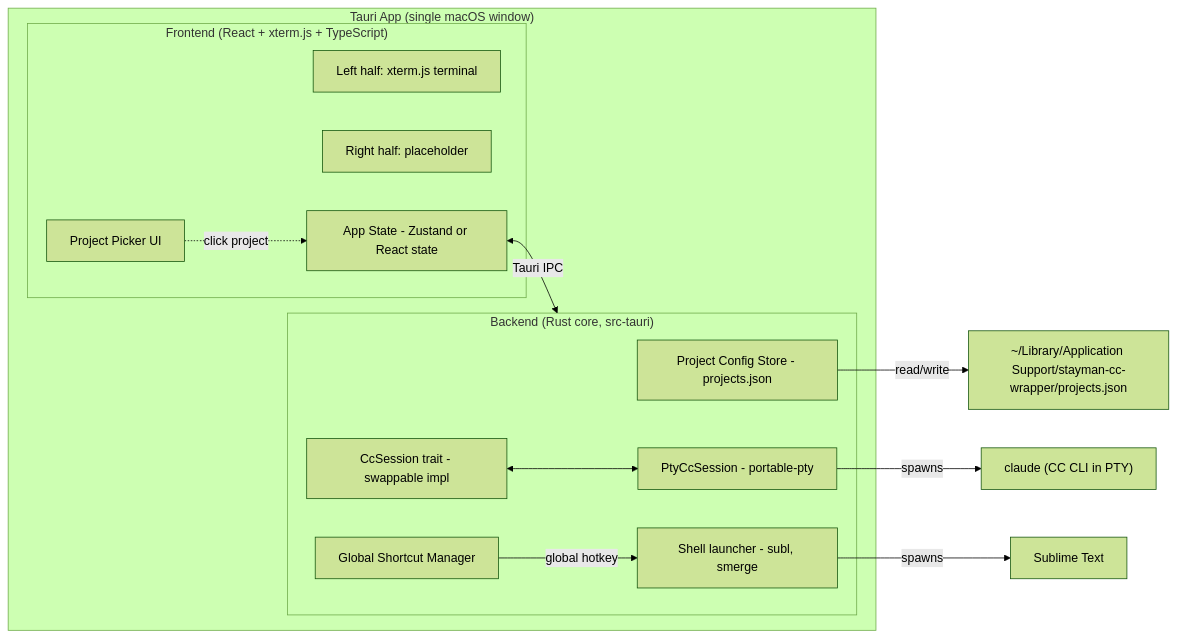
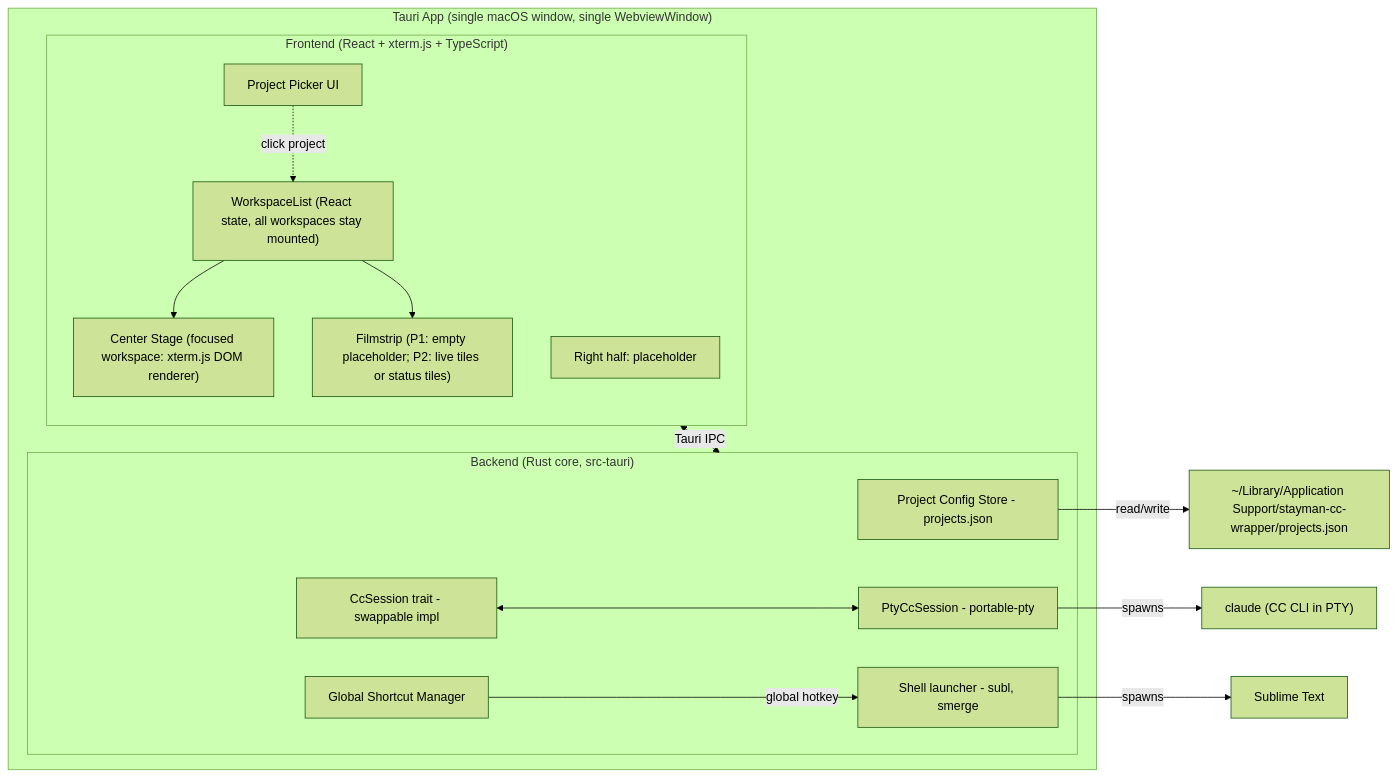
The first of 2 diagrams in docs/product/arch.md (StaymanHou/Claudesk), drawn with Mermaid (forest theme) before and after one commit. The commit also changed other lines of this file and 7 other files, not shown here.

First line of the commit message:
Pivot to single-window tabbed workspaces + filmstrip / menu-bar / PiP

````diff
--- a/docs/product/arch.md
+++ b/docs/product/arch.md
@@ -62,28 +68,31 @@
 ```mermaid
 flowchart LR
-  subgraph TauriApp["Tauri App (single macOS window)"]
+  subgraph TauriApp["Tauri App (single macOS window, single WebviewWindow)"]
     subgraph Frontend["Frontend (React + xterm.js + TypeScript)"]
       Picker[Project Picker UI]
-      LeftPane[Left half: xterm.js terminal]
+      WorkspaceList["WorkspaceList (React state, all workspaces stay mounted)"]
+      CenterStage["Center Stage (focused workspace: xterm.js DOM renderer)"]
+      Filmstrip["Filmstrip (P1: empty placeholder; P2: live tiles or status tiles)"]
       RightPlaceholder[Right half: placeholder]
-      Picker -.click project.-> AppState
-      AppState[App State - Zustand or React state]
+      Picker -.click project.-> WorkspaceList
+      WorkspaceList --> CenterStage
+      WorkspaceList --> Filmstrip
     end
 
     subgraph Backend["Backend (Rust core, src-tauri)"]
       ConfigStore[Project Config Store - projects.json]
       CcSessionTrait[CcSession trait - swappable impl]
       PtyImpl[PtyCcSession - portable-pty]
       ShellLauncher[Shell launcher - subl, smerge]
       ShortcutMgr[Global Shortcut Manager]
     end
 
-    AppState <-- Tauri IPC --> Backend
+    Frontend <-- Tauri IPC --> Backend
     CcSessionTrait <--> PtyImpl
   end
 
   PtyImpl -- spawns --> ClaudeCLI["claude (CC CLI in PTY)"]
   ShellLauncher -- spawns --> Sublime[Sublime Text]
   ShortcutMgr -- global hotkey --> ShellLauncher
   ConfigStore -- read/write --> AppDataDir["~/Library/Application Support/stayman-cc-wrapper/projects.json"]
 ```
````
